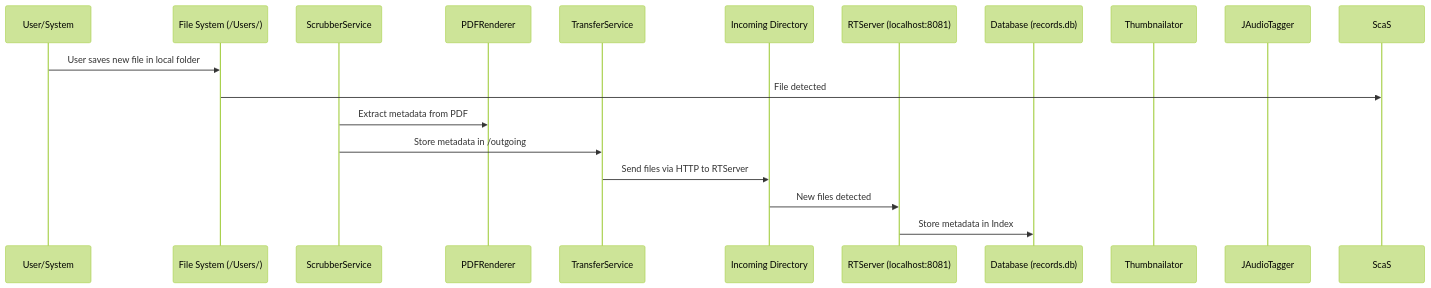
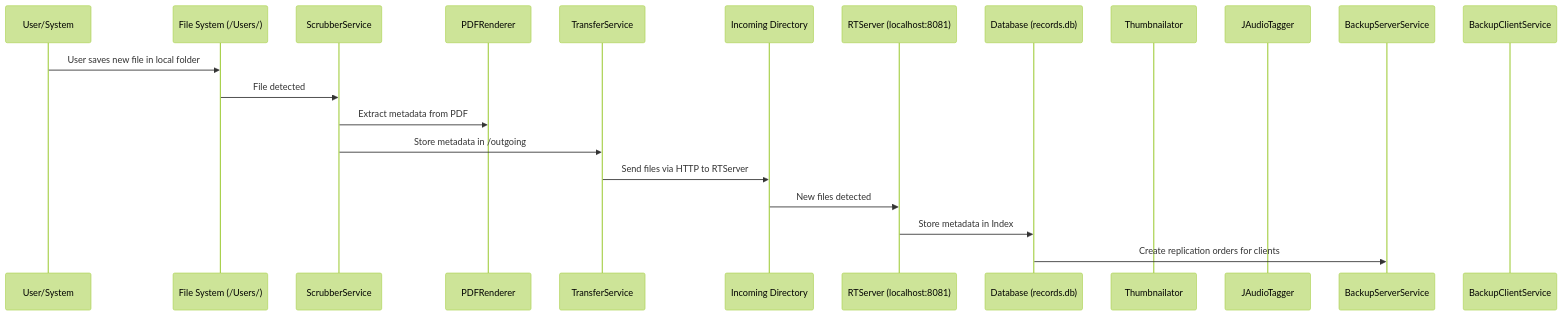
One commit to sync-different/alt-core-docs changed the diagram in Mainflow.md. Above: the diagram before and after it, drawn with Mermaid (forest theme).

````diff
--- a/Mainflow.md
+++ b/Mainflow.md
@@ -1,22 +1,25 @@
 ```mermaid
 sequenceDiagram
     participant User as User/System
     participant FS as File System (/Users/)
     participant SCS as ScrubberService
     participant PDF as PDFRenderer
     participant TS as TransferService
     participant Incoming as Incoming Directory
     participant RT as RTServer (localhost:8081)
     participant DB as Database (records.db)
     participant Thumb as Thumbnailator
     participant Audio as JAudioTagger
+    participant BSS as BackupServerService
+    participant BCS as BackupClientService
 
     User->>FS: User saves new file in local folder
-	 FS->>ScaS: File detected
+	 FS->>SCS: File detected
 	 SCS->>PDF: Extract metadata from PDF
 	 SCS->>TS: Store metadata in /outgoing
 	 TS->>Incoming: Send files via HTTP to RTServer
 	 Incoming->>RT: New files detected
 	 RT->>DB: Store metadata in Index
+	 DB->>BSS: Create replication orders for clients
     
 ```
````
